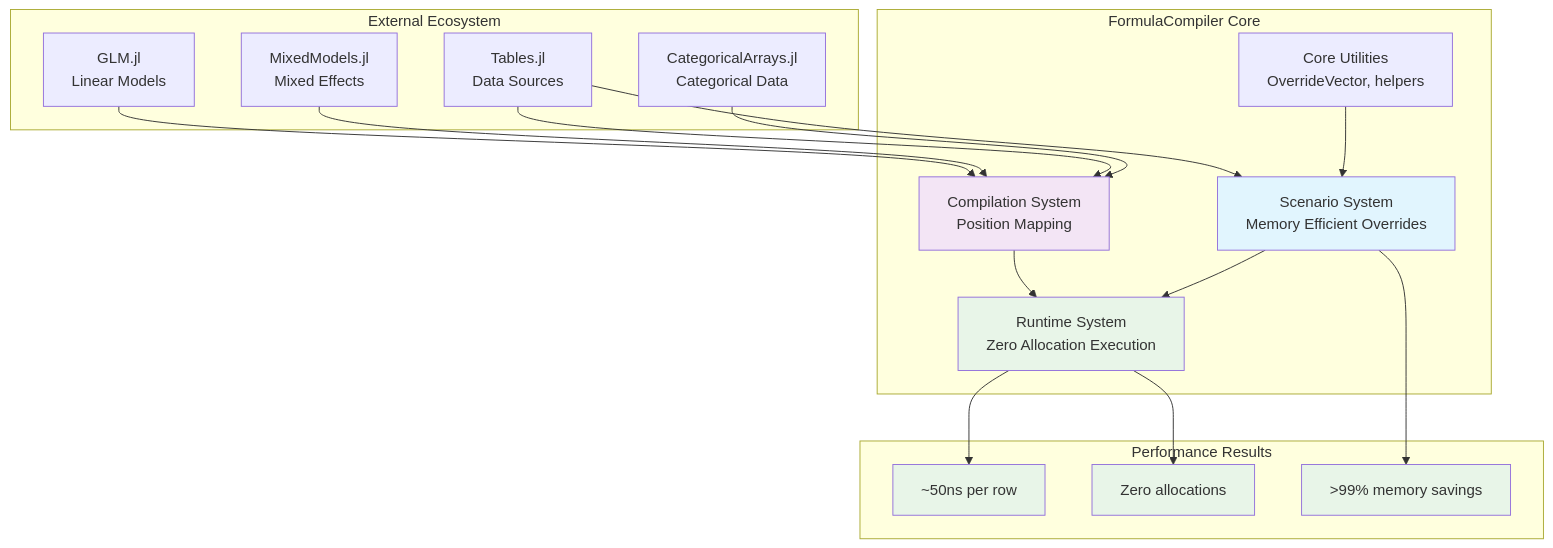
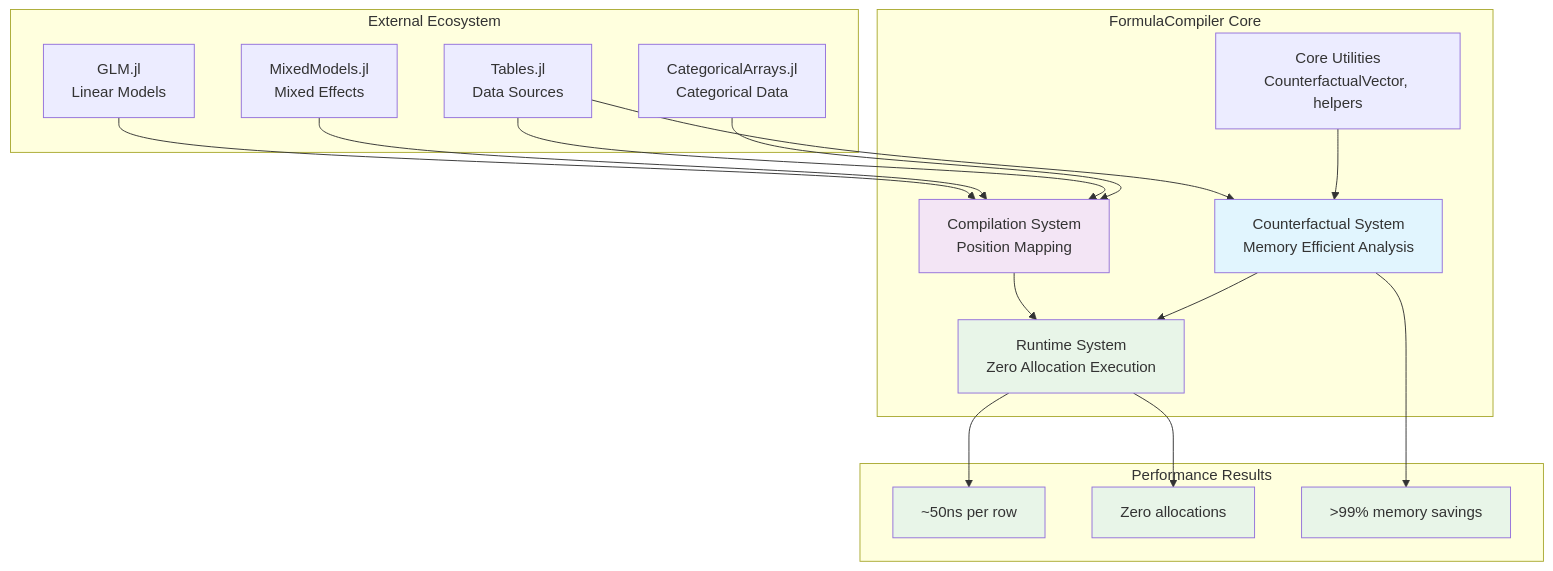
Before and after one commit to emfeltham/FormulaCompiler.jl: the diagram in docs/diagrams/system_architecture.mmd, drawn with Mermaid. The commit also changed 24 other files, not shown here.

```diff
--- a/docs/diagrams/system_architecture.mmd
+++ b/docs/diagrams/system_architecture.mmd
@@ -1,40 +1,40 @@
 graph TB
     subgraph "External Ecosystem"
         GLM["GLM.jl<br>Linear Models"]
         MM["MixedModels.jl<br>Mixed Effects"]
         Data["Tables.jl<br>Data Sources"]
         Cat["CategoricalArrays.jl<br>Categorical Data"]
     end
     
     subgraph "FormulaCompiler Core"
         Comp["Compilation System<br>Position Mapping"]
         Exec["Runtime System<br>Zero Allocation Execution"]
-        Scen["Scenario System<br>Memory Efficient Overrides"]
-        Utils["Core Utilities<br>OverrideVector, helpers"]
+        Scen["Counterfactual System<br>Memory Efficient Analysis"]
+        Utils["Core Utilities<br>CounterfactualVector, helpers"]
     end
     
     subgraph "Performance Results"
         Perf1["~50ns per row"]
         Perf2["Zero allocations"] 
         Perf3[">99% memory savings"]
     end
     
     GLM --> Comp
     MM --> Comp
     Data --> Comp
     Cat --> Comp
     Comp --> Exec
     Data --> Scen
     Utils --> Scen
     Scen --> Exec
     
     Exec --> Perf1
     Exec --> Perf2
     Scen --> Perf3
     
     style Comp fill:#f3e5f5
     style Exec fill:#e8f5e8  
     style Scen fill:#e1f5fe
     style Perf1 fill:#e8f5e8
     style Perf2 fill:#e8f5e8
     style Perf3 fill:#e8f5e8
```
